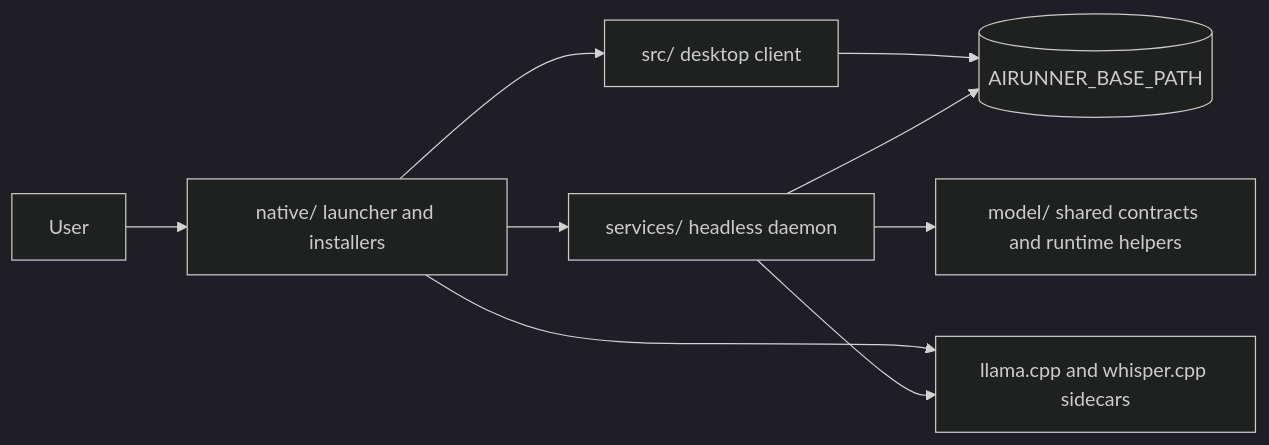
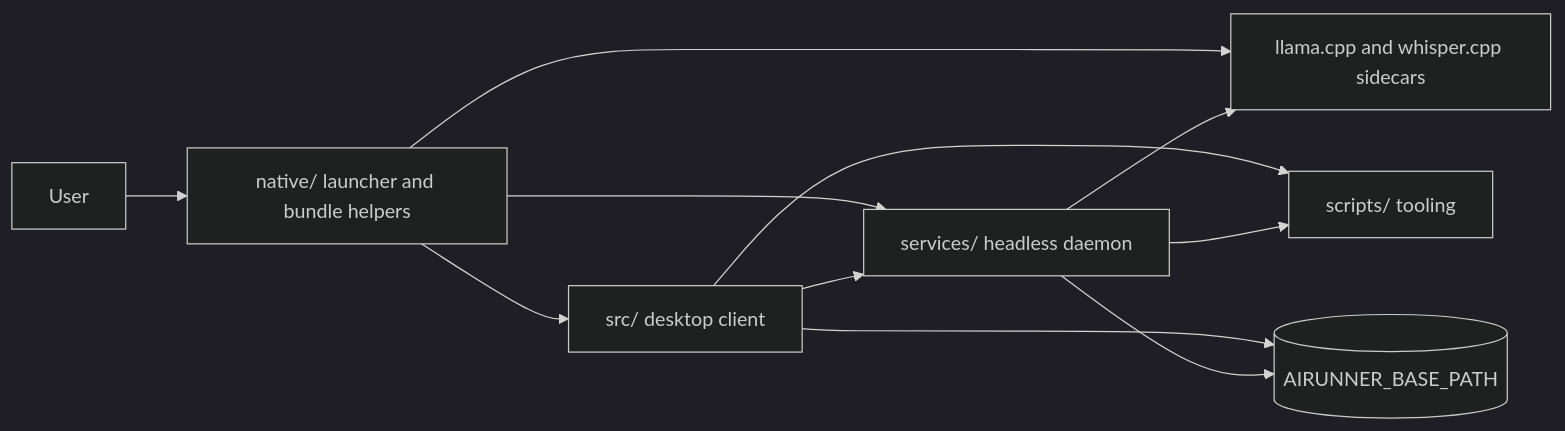
The diagram in docs/architecture/layered_product_architecture.md (Capsize-Games/airunner), drawn with Mermaid (dark theme) before and after one commit. The commit also changed other lines of this file and 10 other files, not shown here.

````diff
--- a/docs/architecture/layered_product_architecture.md
+++ b/docs/architecture/layered_product_architecture.md
@@ -8,11 +8,13 @@
 ```mermaid
 flowchart LR
-    User[User] --> Native[native/ launcher and installers]
+    User[User] --> Native[native/ launcher and bundle helpers]
     Native --> GUI[src/ desktop client]
     Native --> Daemon[services/ headless daemon]
-    Daemon --> Model[model/ shared contracts and runtime helpers]
+    GUI --> Daemon
     Native --> Sidecars[llama.cpp and whisper.cpp sidecars]
     Daemon --> Sidecars
+    GUI --> Scripts[scripts/ tooling]
+    Daemon --> Scripts
     GUI --> Data[(AIRUNNER_BASE_PATH)]
     Daemon --> Data
 ```
````
